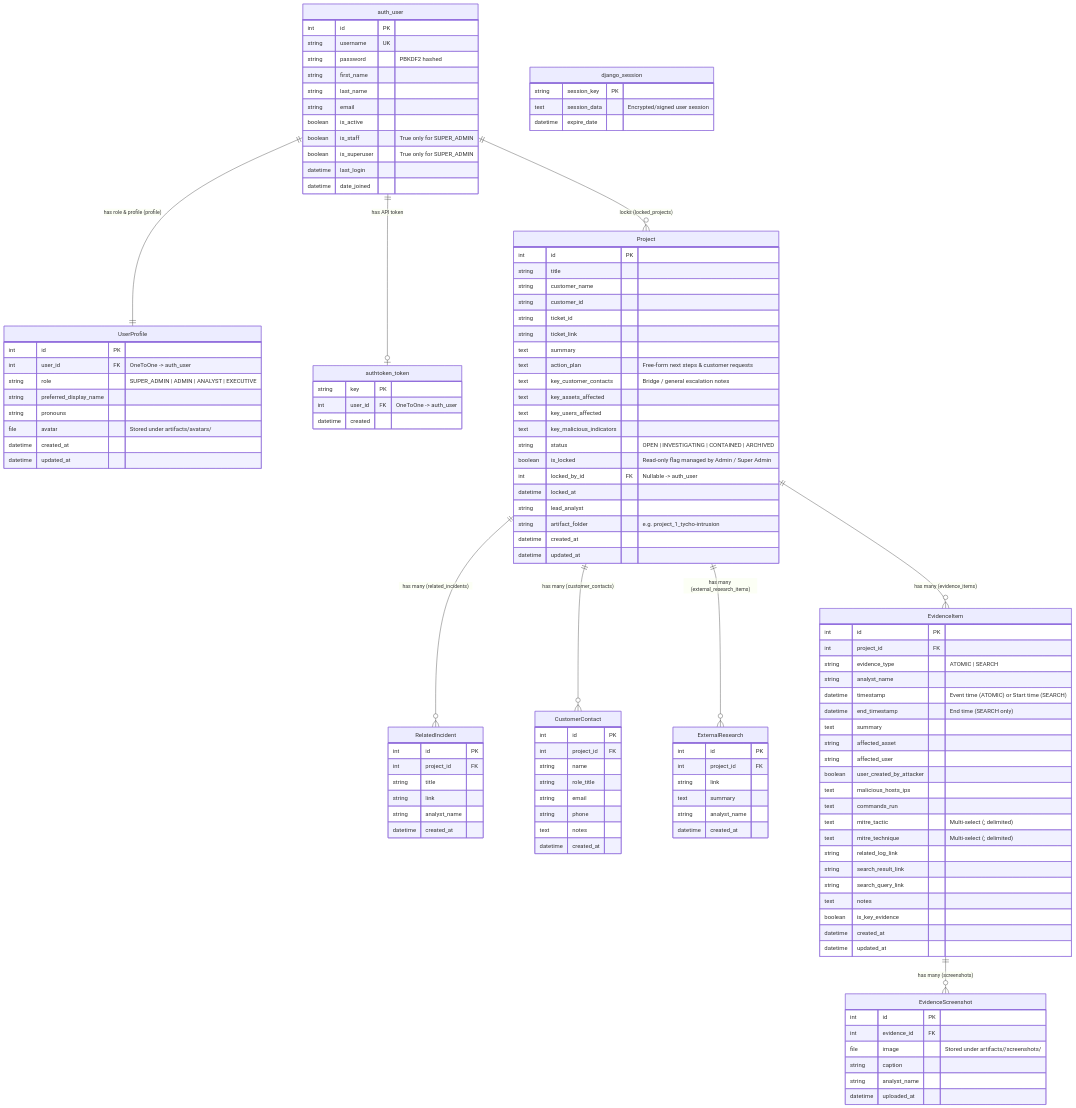
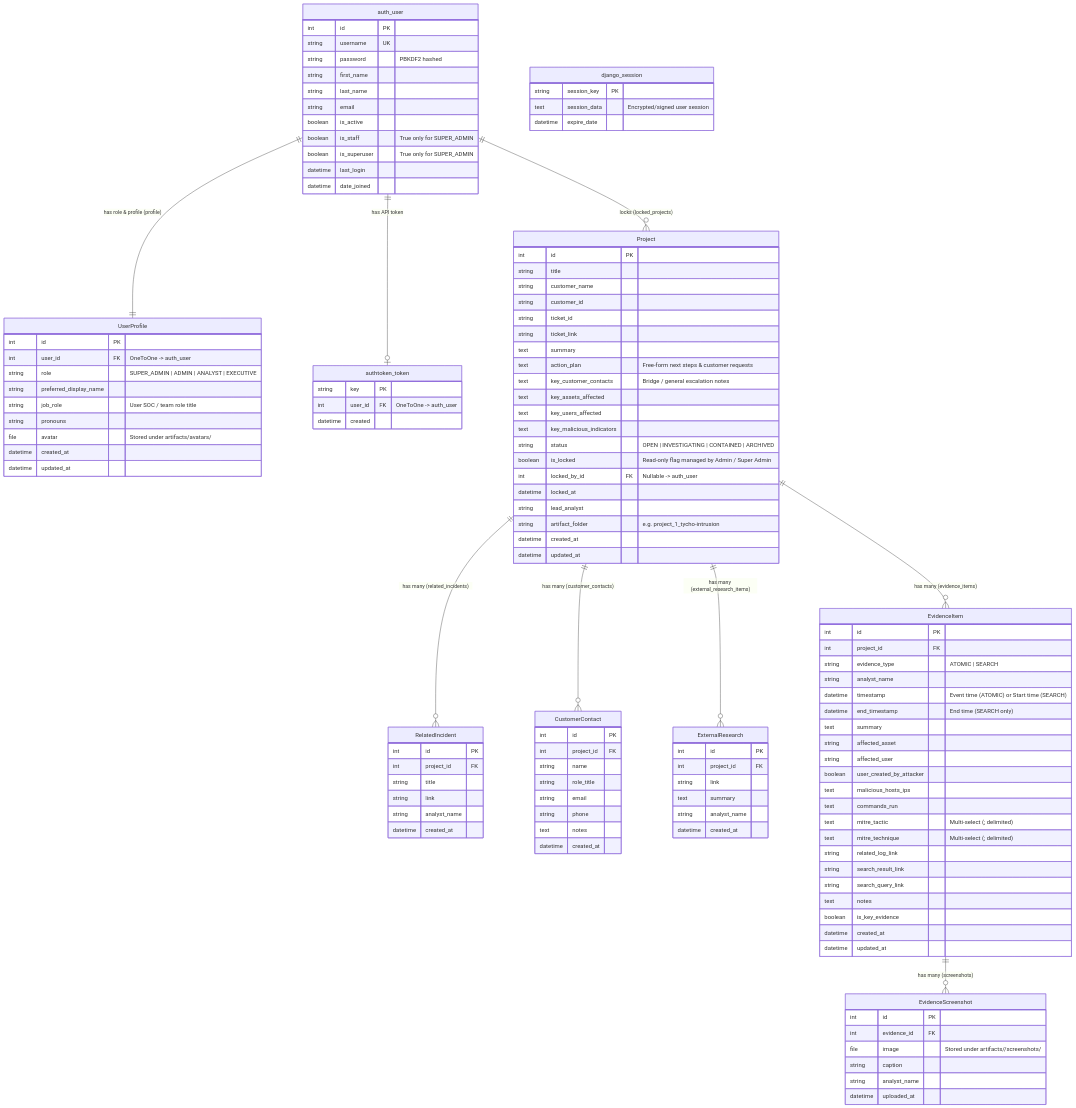
The diagram in README.md (aircooledcafe/incident-reporter), drawn with Mermaid before and after one commit. The commit also changed other lines of this file and 15 other files, not shown here.

Commit message:
title and user improvements, timeline cleaned up

```diff
--- a/README.md
+++ b/README.md
@@ -116,6 +117,7 @@
         int user_id FK "OneToOne -> auth_user"
         string role "SUPER_ADMIN | ADMIN | ANALYST | EXECUTIVE"
         string preferred_display_name
+        string job_role "User SOC / team role title"
         string pronouns
         file avatar "Stored under artifacts/avatars/"
         datetime created_at
```
